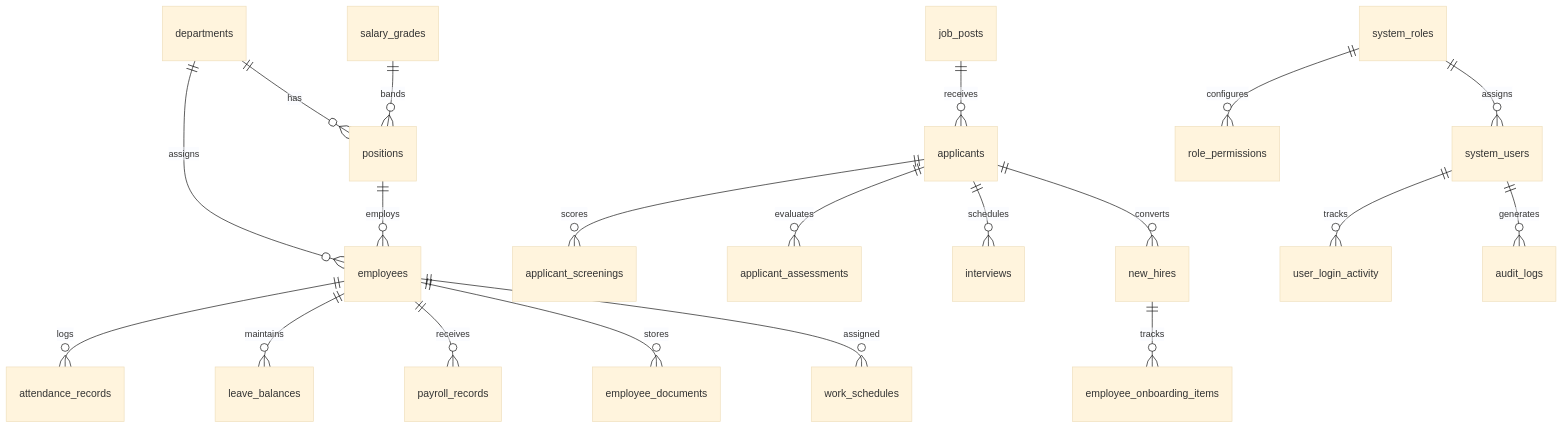
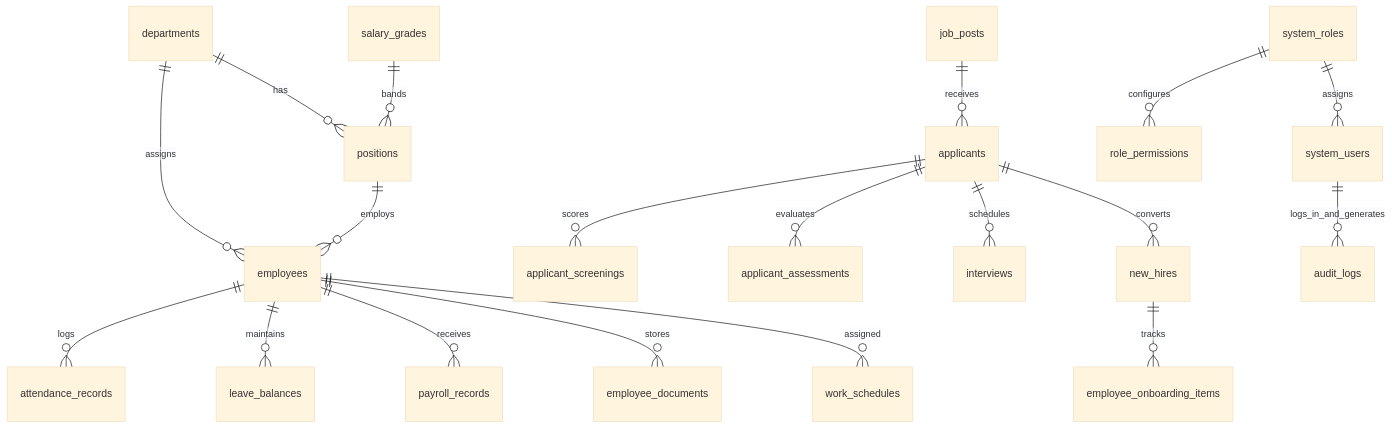
One commit to Franzwll/2nd-repo-for-hrms-backend- changed the diagram in docs/SYSTEM_DOCUMENTATION.md. Above: the diagram before and after it, drawn with Mermaid (base theme). The commit also changed other lines of this file and 912 other files, not shown here.

````diff
--- a/docs/SYSTEM_DOCUMENTATION.md
+++ b/docs/SYSTEM_DOCUMENTATION.md
@@ -253,22 +253,21 @@
 ```mermaid
 erDiagram
     departments ||--o{ positions : has
     departments ||--o{ employees : assigns
     positions ||--o{ employees : employs
     salary_grades ||--o{ positions : bands
     job_posts ||--o{ applicants : receives
     applicants ||--o{ applicant_screenings : scores
     applicants ||--o{ applicant_assessments : evaluates
     applicants ||--o{ interviews : schedules
     applicants ||--o{ new_hires : converts
     new_hires ||--o{ employee_onboarding_items : tracks
     employees ||--o{ attendance_records : logs
     employees ||--o{ leave_balances : maintains
     employees ||--o{ payroll_records : receives
     employees ||--o{ employee_documents : stores
     employees ||--o{ work_schedules : assigned
     system_roles ||--o{ system_users : assigns
     system_roles ||--o{ role_permissions : configures
-    system_users ||--o{ user_login_activity : tracks
-    system_users ||--o{ audit_logs : generates
+    system_users ||--o{ audit_logs : logs_in_and_generates
 ```
````
